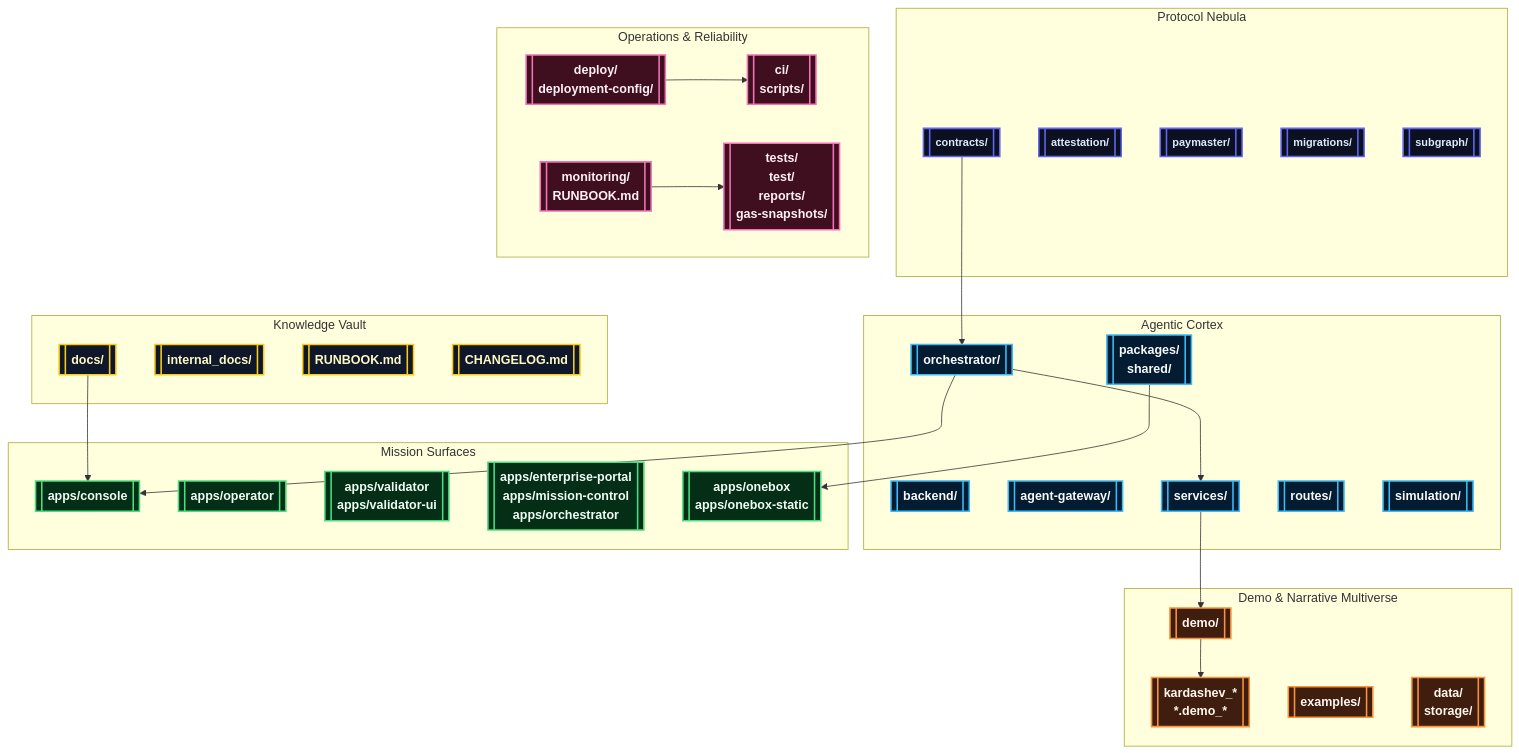
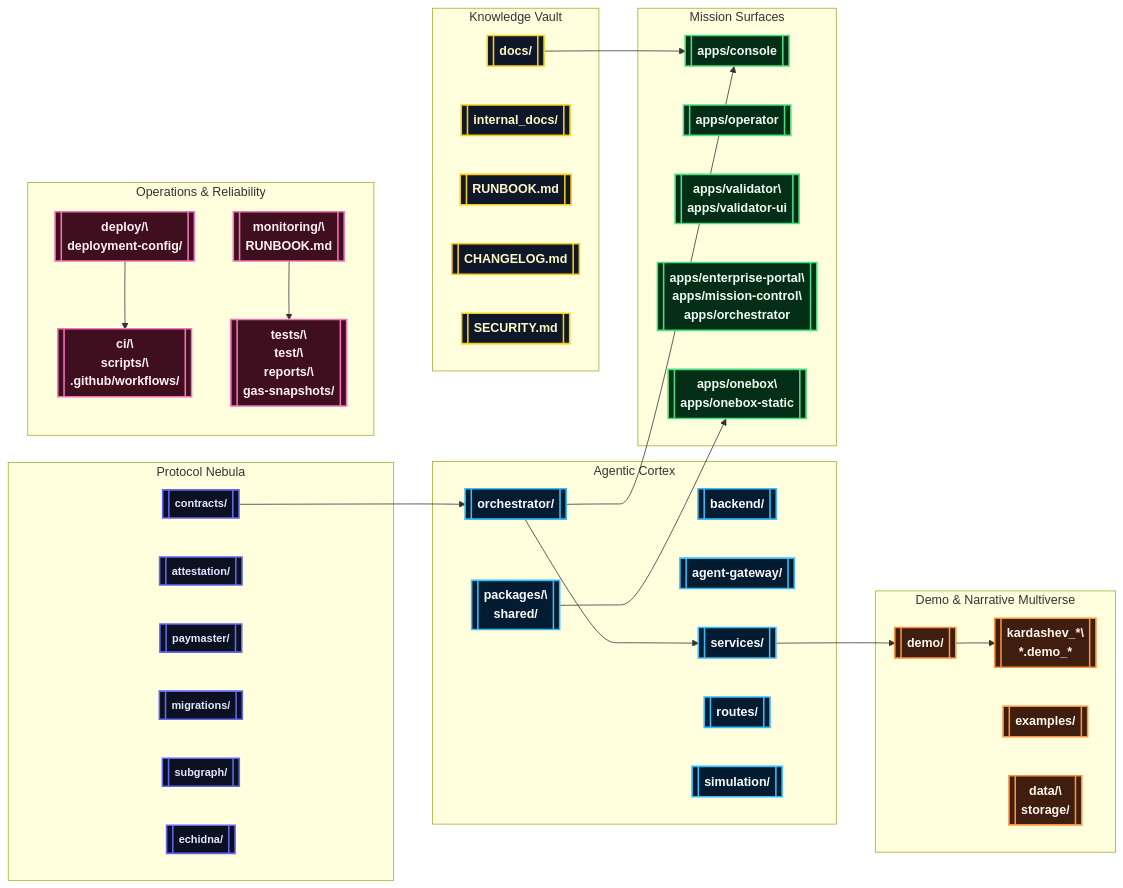
One commit to MontrealAI/AGIJobsv0 changed the first of 2 diagrams in README.md. Above: the diagram before and after it, drawn with Mermaid. The commit also changed other lines of this file, not shown here.

Commit message:
docs: rewrite README with demo constellation and ci overview

````diff
--- a/README.md
+++ b/README.md
@@ -43,65 +45,67 @@
 ```mermaid
-%% Galactic systems map
-flowchart TB
+%% Orbital architecture overview
+flowchart LR
     classDef protocol fill:#0b1120,stroke:#6366f1,color:#e0e7ff,font-size:14px,font-weight:bold,stroke-width:2px;
     classDef cortex fill:#041c32,stroke:#38bdf8,color:#f8fafc,font-weight:bold,stroke-width:2px;
     classDef surfaces fill:#052e16,stroke:#4ade80,color:#f0fdf4,font-weight:bold,stroke-width:2px;
     classDef ops fill:#3f0f1f,stroke:#f472b6,color:#fff0f6,font-weight:bold,stroke-width:2px;
     classDef demos fill:#3f1d0f,stroke:#fb923c,color:#fff7ed,font-weight:bold,stroke-width:2px;
     classDef knowledge fill:#0f172a,stroke:#facc15,color:#fef9c3,font-weight:bold,stroke-width:2px;
 
     subgraph "Protocol Nebula"
         contracts[[contracts/]]:::protocol
         attestation[[attestation/]]:::protocol
         paymaster[[paymaster/]]:::protocol
         migrations[[migrations/]]:::protocol
         subgraphSvc[[subgraph/]]:::protocol
+        echidnaLab[[echidna/]]:::protocol
     end
 
     subgraph "Agentic Cortex"
         orchestrator[[orchestrator/]]:::cortex
         backendSvc[[backend/]]:::cortex
         agentGateway[[agent-gateway/]]:::cortex
         servicesHub[[services/]]:::cortex
-        packagesHub[[packages/\nshared/]]:::cortex
+        packagesHub[[packages/\\nshared/]]:::cortex
         routesHub[[routes/]]:::cortex
-        simHub[[simulation/]]:::cortex
+        simulationHub[[simulation/]]:::cortex
     end
 
     subgraph "Mission Surfaces"
         console[[apps/console]]:::surfaces
         operator[[apps/operator]]:::surfaces
-        validatorUI[[apps/validator\napps/validator-ui]]:::surfaces
-        enterprise[[apps/enterprise-portal\napps/mission-control\napps/orchestrator]]:::surfaces
-        onebox[[apps/onebox\napps/onebox-static]]:::surfaces
+        validatorUI[[apps/validator\\napps/validator-ui]]:::surfaces
+        enterprise[[apps/enterprise-portal\\napps/mission-control\\napps/orchestrator]]:::surfaces
+        onebox[[apps/onebox\\napps/onebox-static]]:::surfaces
     end
 
     subgraph "Operations & Reliability"
-        deploy[[deploy/\ndeployment-config/]]:::ops
-        ci[[ci/\nscripts/]]:::ops
-        monitoring[[monitoring/\nRUNBOOK.md]]:::ops
-        qa[[tests/\ntest/\nreports/\ngas-snapshots/]]:::ops
+        deploy[[deploy/\\ndeployment-config/]]:::ops
+        ci[[ci/\\nscripts/\\n.github/workflows/]]:::ops
+        monitoring[[monitoring/\\nRUNBOOK.md]]:::ops
+        qa[[tests/\\ntest/\\nreports/\\ngas-snapshots/]]:::ops
     end
 
     subgraph "Demo & Narrative Multiverse"
         demosRoot[[demo/]]:::demos
-        kardashev[[kardashev_*\n*.demo_*]]:::demos
+        kardashev[[kardashev_*\\n*.demo_*]]:::demos
         examples[[examples/]]:::demos
-        dataVault[[data/\nstorage/]]:::demos
+        dataVault[[data/\\nstorage/]]:::demos
     end
 
     subgraph "Knowledge Vault"
         docs[[docs/]]:::knowledge
         internal[[internal_docs/]]:::knowledge
         runbook[[RUNBOOK.md]]:::knowledge
         changelog[[CHANGELOG.md]]:::knowledge
+        security[[SECURITY.md]]:::knowledge
     end
 
     contracts --> orchestrator --> console
     orchestrator --> servicesHub --> demosRoot
     packagesHub --> onebox
     deploy --> ci
     monitoring --> qa
     demosRoot --> kardashev
     docs --> console
 ```
````
